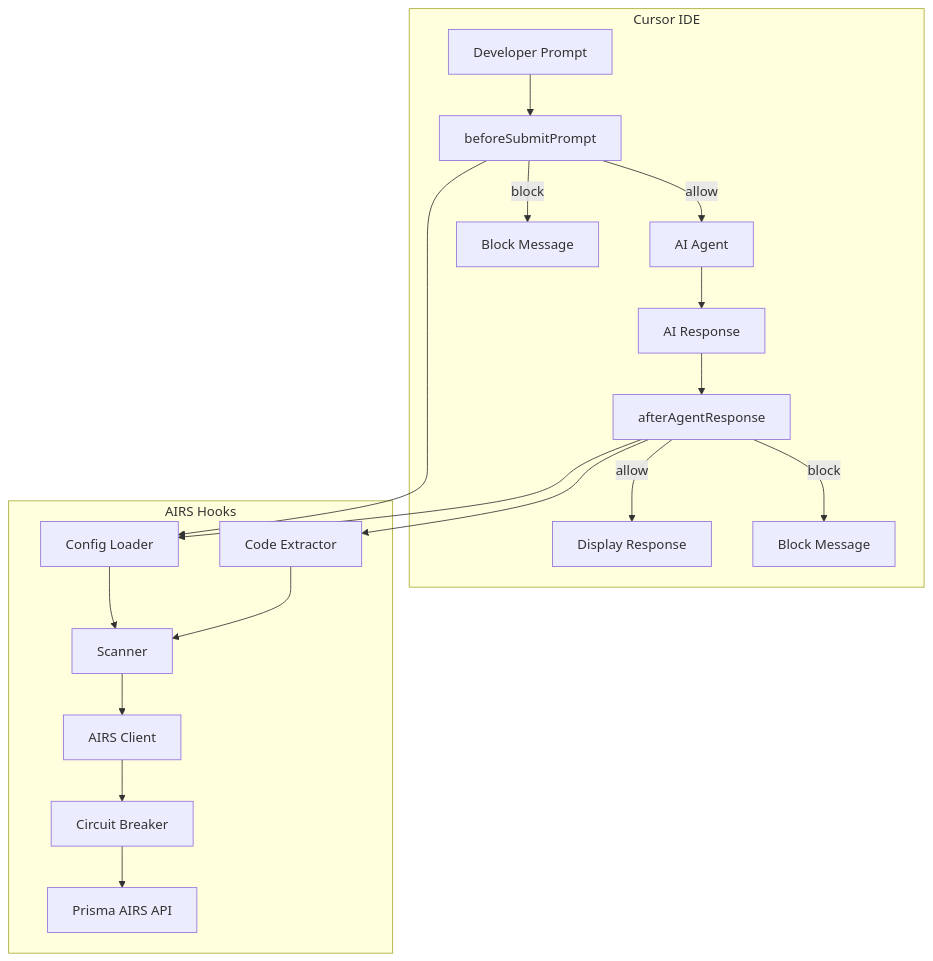
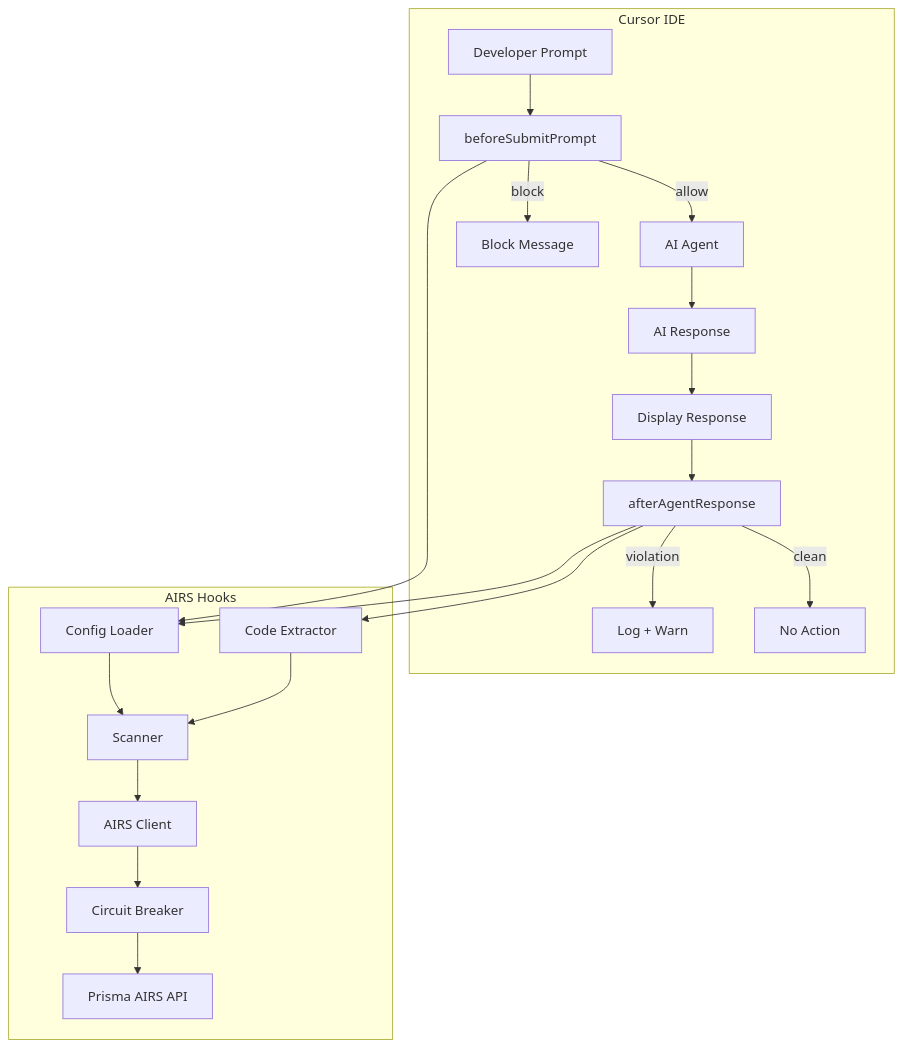
Before and after one commit to cdot65/prisma-airs-cursor-hooks: the diagram in docs/architecture/overview.md, drawn with Mermaid. The commit also changed other lines of this file and 10 other files, not shown here.

First line of the commit message:
fix(hooks): afterAgentResponse is observe-only, cannot block responses

````diff
--- a/docs/architecture/overview.md
+++ b/docs/architecture/overview.md
@@ -5,24 +5,25 @@
 ```mermaid
 flowchart TB
     subgraph Cursor IDE
         A[Developer Prompt] --> B[beforeSubmitPrompt]
         B -->|allow| C[AI Agent]
         B -->|block| D[Block Message]
         C --> E[AI Response]
-        E --> F[afterAgentResponse]
-        F -->|allow| G[Display Response]
-        F -->|block| H[Block Message]
+        E --> G[Display Response]
+        G --> F[afterAgentResponse]
+        F -->|violation| H[Log + Warn]
+        F -->|clean| I2[No Action]
     end
 
     subgraph AIRS Hooks
         B --> I[Config Loader]
         I --> J[Scanner]
         J --> K[AIRS Client]
         K --> L[Circuit Breaker]
         L --> M[Prisma AIRS API]
 
         F --> I
         F --> N[Code Extractor]
         N --> J
     end
 ```
````
